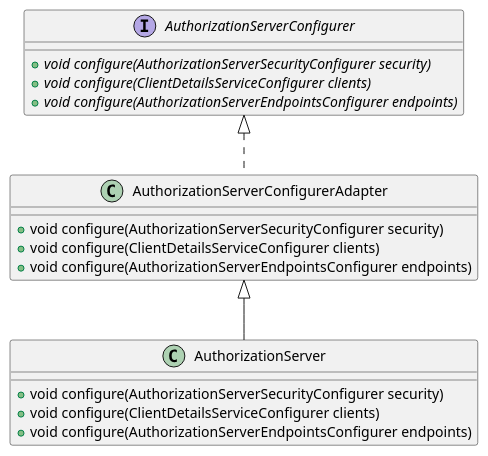
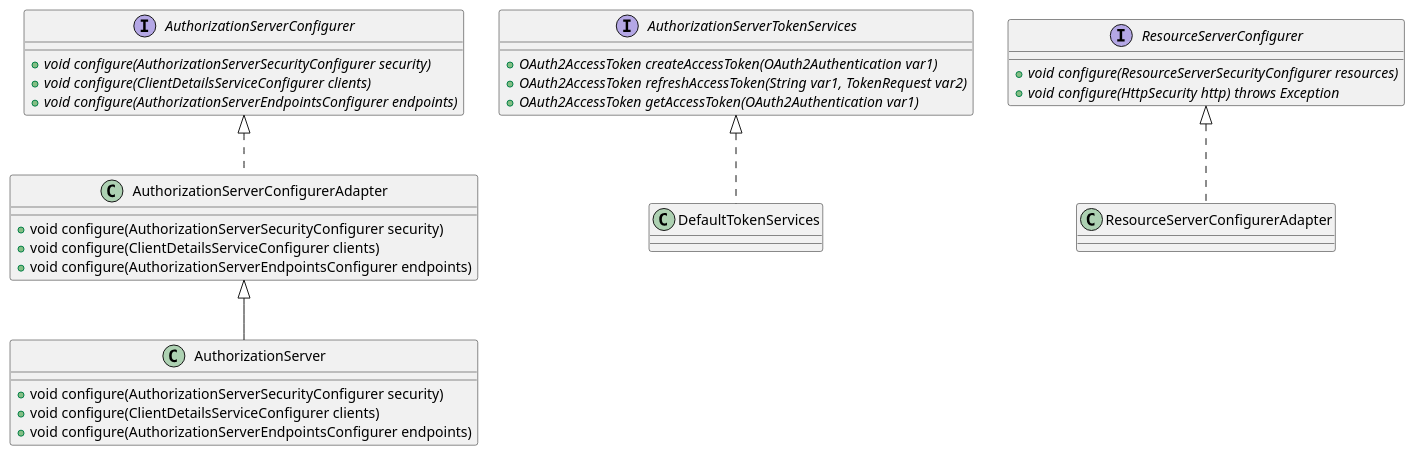
Before and after one commit to scheno/spring-security: the diagram in UML/SpringSecurityOAuth2.puml, drawn with PlantUML. The commit also changed 12 other files, not shown here.

```diff
--- a/UML/SpringSecurityOAuth2.puml
+++ b/UML/SpringSecurityOAuth2.puml
@@ -1,26 +1,51 @@
 @startuml
 
 interface AuthorizationServerConfigurer {
     +{abstract} void configure(AuthorizationServerSecurityConfigurer security)
     +{abstract} void configure(ClientDetailsServiceConfigurer clients)
     +{abstract} void configure(AuthorizationServerEndpointsConfigurer endpoints)
 }
 
+interface AuthorizationServerTokenServices {
+    +{abstract} OAuth2AccessToken createAccessToken(OAuth2Authentication var1)
+    +{abstract} OAuth2AccessToken refreshAccessToken(String var1, TokenRequest var2)
+    +{abstract} OAuth2AccessToken getAccessToken(OAuth2Authentication var1)
+}
+
+interface ResourceServerConfigurer {
+    +{abstract} void configure(ResourceServerSecurityConfigurer resources)
+    +{abstract} void configure(HttpSecurity http) throws Exception
+}
+
 class AuthorizationServerConfigurerAdapter {
     +void configure(AuthorizationServerSecurityConfigurer security)
     +void configure(ClientDetailsServiceConfigurer clients)
     +void configure(AuthorizationServerEndpointsConfigurer endpoints)
+
+}
+
+class DefaultTokenServices {
 
 }
 
 class AuthorizationServer {
     +void configure(AuthorizationServerSecurityConfigurer security)
     +void configure(ClientDetailsServiceConfigurer clients)
     +void configure(AuthorizationServerEndpointsConfigurer endpoints)
 
 }
 
+class ResourceServerConfigurerAdapter {
+
+}
+
 AuthorizationServerConfigurer <|.. AuthorizationServerConfigurerAdapter
 AuthorizationServerConfigurerAdapter <|-- AuthorizationServer
 
+ResourceServerConfigurer <|.. ResourceServerConfigurerAdapter
+
+AuthorizationServerTokenServices <|.. DefaultTokenServices
+
+
+
 @enduml
```
